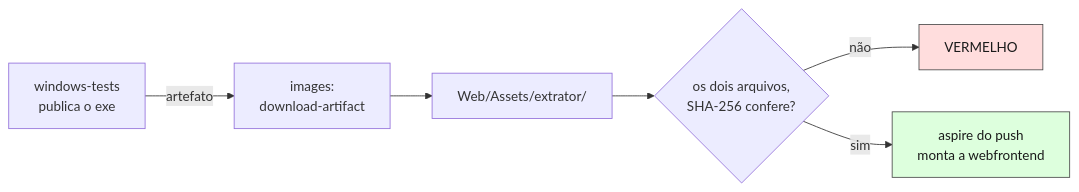
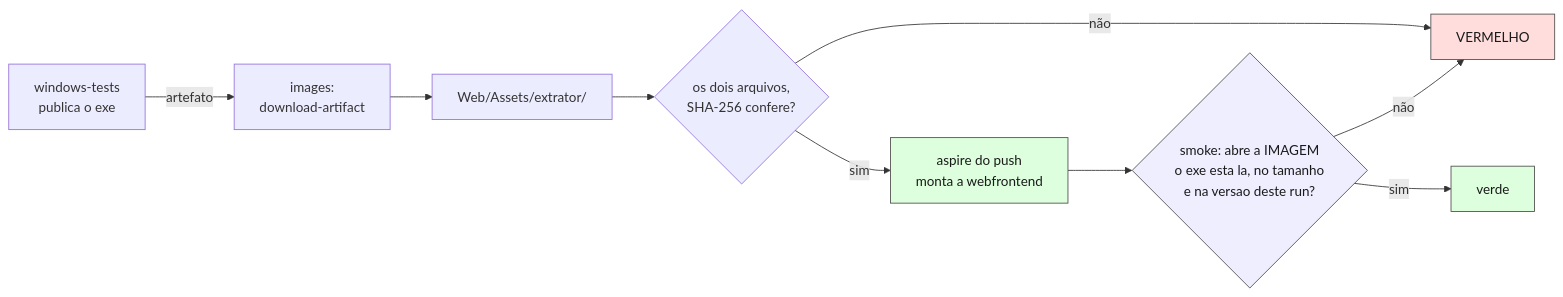
The fifth of 11 diagrams in Docs/fluxo-de-entrega.md (procfit/MLDemandForcastPOC), drawn with Mermaid before and after one commit. The commit also changed other lines of this file and 2 other files, not shown here.

First line of the commit message:
ci: smoke the web image for the embedded extractor

````diff
--- a/Docs/fluxo-de-entrega.md
+++ b/Docs/fluxo-de-entrega.md
@@ -142,11 +142,16 @@
 ```mermaid
 flowchart LR
     WT["windows-tests<br/>publica o exe"] -->|"artefato"| DL["images:<br/>download-artifact"]
     DL --> AS["Web/Assets/extrator/"]
     AS --> CK{"os dois arquivos,<br/>SHA-256 confere?"}
     CK -->|"não"| ERR["VERMELHO"]
     CK -->|"sim"| BLD["aspire do push<br/>monta a webfrontend"]
+    BLD --> SMK{"smoke: abre a IMAGEM<br/>o exe esta la, no tamanho<br/>e na versao deste run?"}
+    SMK -->|"não"| ERR
+    SMK -->|"sim"| OK2["verde"]
 
     style ERR fill:#fdd,stroke:#4a4a4a,color:#1a1a1a
     style BLD fill:#dfd,stroke:#4a4a4a,color:#1a1a1a
+    style SMK fill:#eef,stroke:#4a4a4a,color:#1a1a1a
+    style OK2 fill:#dfd,stroke:#4a4a4a,color:#1a1a1a
 ```
````
